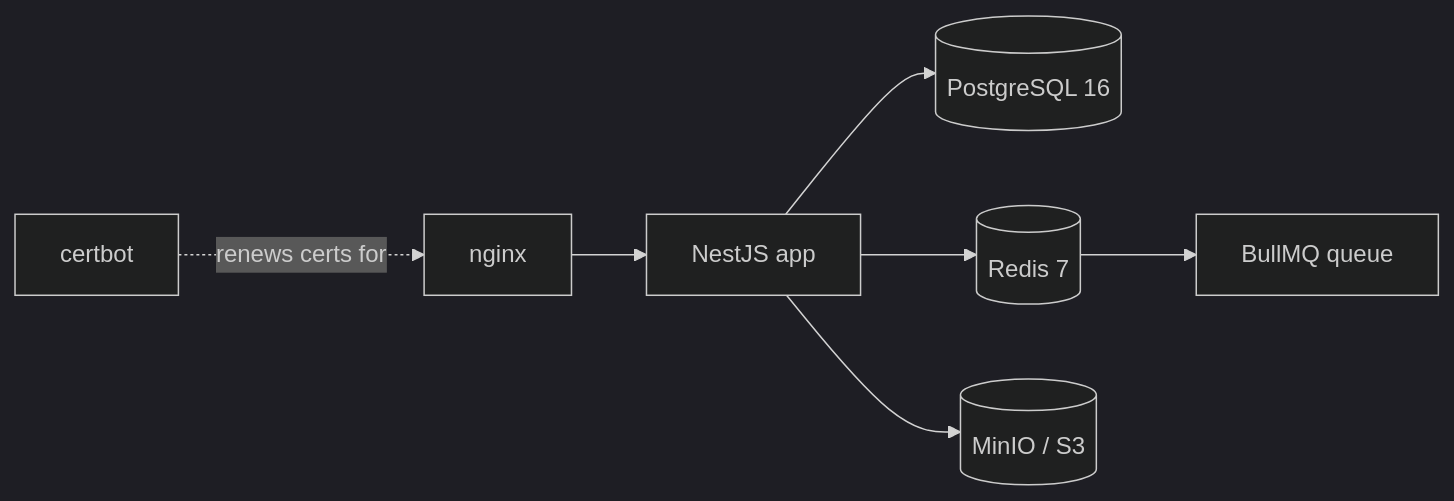
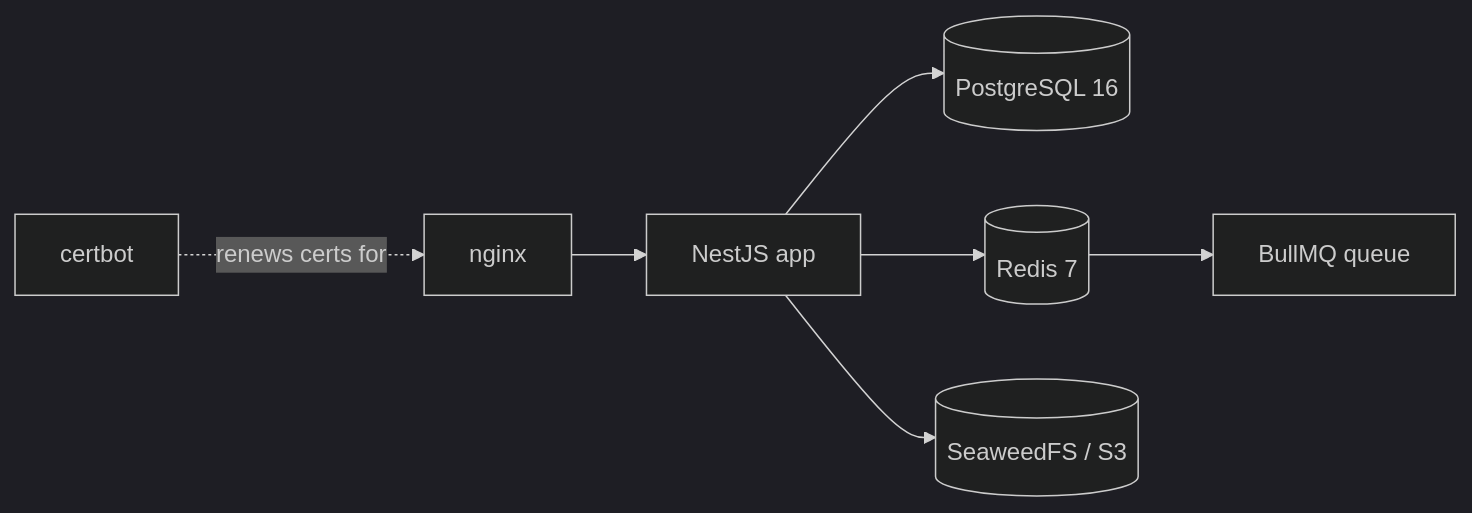
One commit to tareq89/biddaloy changed the diagram in docs/architecture/10-third-party-services.md. Above: the diagram before and after it, drawn with Mermaid (dark theme). The commit also changed other lines of this file and 21 other files, not shown here.

````diff
--- a/docs/architecture/10-third-party-services.md
+++ b/docs/architecture/10-third-party-services.md
@@ -11,9 +11,9 @@
 ```mermaid
 flowchart LR
     app[NestJS app] --> db[(PostgreSQL 16)]
     app --> redis[(Redis 7)]
-    app --> minio[(MinIO / S3)]
+    app --> seaweedfs[(SeaweedFS / S3)]
     redis --> bullmq[BullMQ queue]
     nginx[nginx] --> app
     certbot[certbot] -.renews certs for.-> nginx
 ```
````
